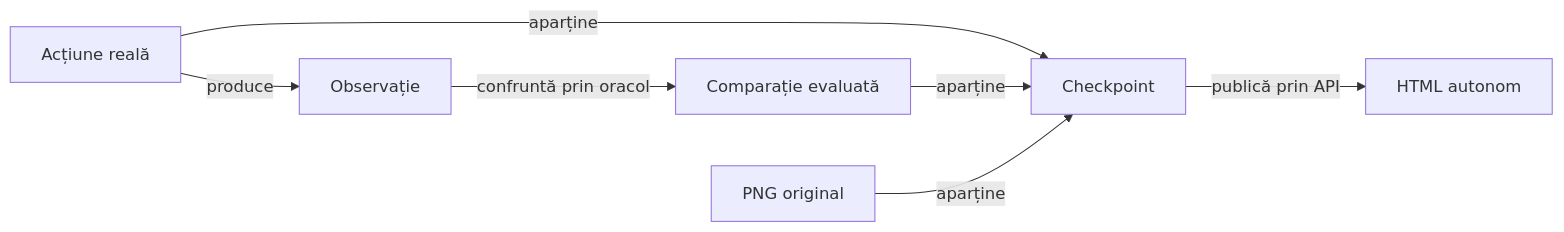
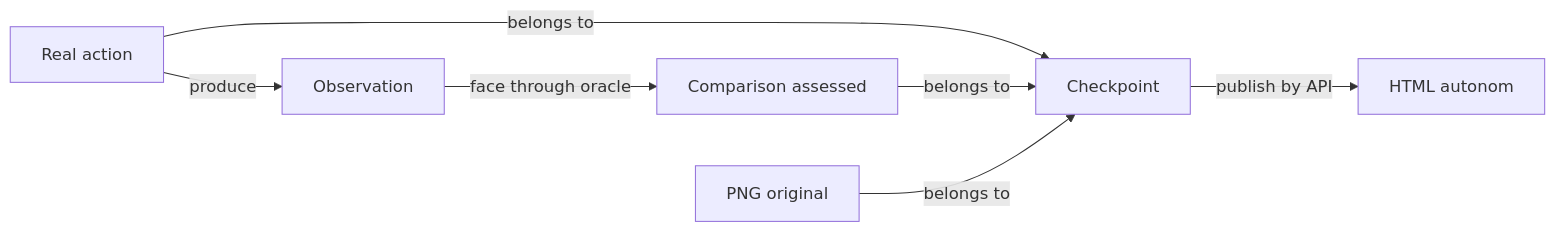
Before and after one commit to crististefanita/atf_j4: the diagram in docs/reporting/ATF_Android.md, drawn with Mermaid. The commit also changed other lines of this file and 122 other files, not shown here.

````diff
--- a/docs/reporting/ATF_Android.md
+++ b/docs/reporting/ATF_Android.md
@@ -9,9 +9,9 @@
 ```mermaid
 flowchart LR
-    ACTION[Acțiune reală] -->|produce| OBS[Observație]
-    OBS -->|confruntă prin oracol| ASSERT[Comparație evaluată]
-    ACTION -->|aparține| CHECK[Checkpoint]
-    ASSERT -->|aparține| CHECK
-    IMAGE[PNG original] -->|aparține| CHECK
-    CHECK -->|publică prin API| HTML[HTML autonom]
+    ACTION[Real action] -->|produce| OBS[Observation]
+    OBS -->|face through oracle| ASSERT[Comparison assessed]
+    ACTION -->|belongs to| CHECK[Checkpoint]
+    ASSERT -->|belongs to| CHECK
+    IMAGE[PNG original] -->|belongs to| CHECK
+    CHECK -->|publish by API| HTML[HTML autonom]
 ```
````
